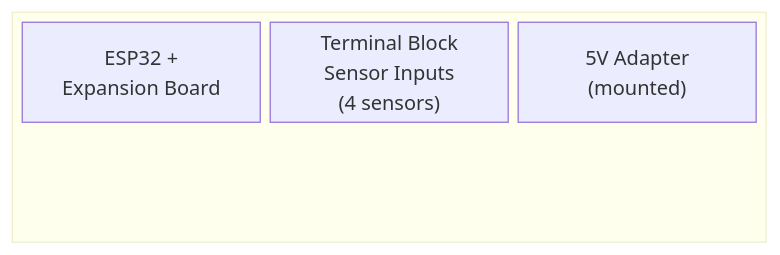
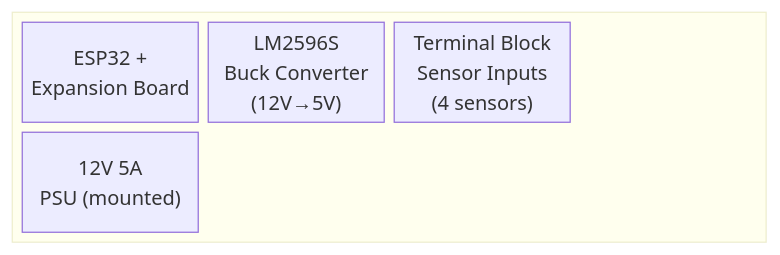
The third of 3 diagrams in docs/block-diagram.md (qppd/water-meter), drawn with Mermaid before and after one commit. The commit also changed other lines of this file and 1 other file, not shown here.

First line of the commit message:
docs: update power supply to 220V→12V 5A + LM2596S buck converter (12V→5V)

````diff
--- a/docs/block-diagram.md
+++ b/docs/block-diagram.md
@@ -159,14 +165,16 @@
 ```mermaid
 block-beta
     columns 4
     
     block:enclosure:4
         columns 4
         
         ESP32Board["ESP32 +<br/>Expansion Board"]:1
         
+        BuckConv["LM2596S<br/>Buck Converter<br/>(12V→5V)"]:1
+        
         Terminal["Terminal Block<br/>Sensor Inputs<br/>(4 sensors)"]:2
         
-        PSU2["5V Adapter<br/>(mounted)"]:2
+        PSU12["12V 5A<br/>PSU (mounted)"]:2
     end
 ```
````
